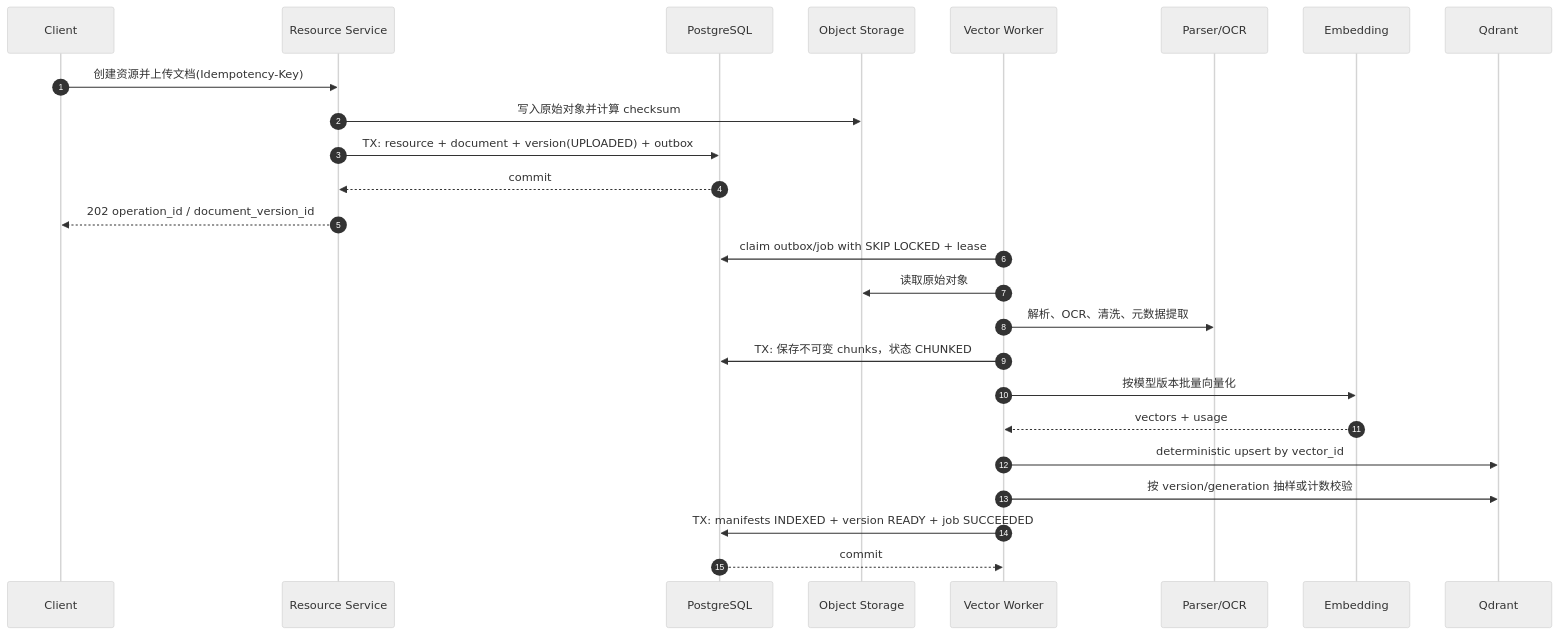
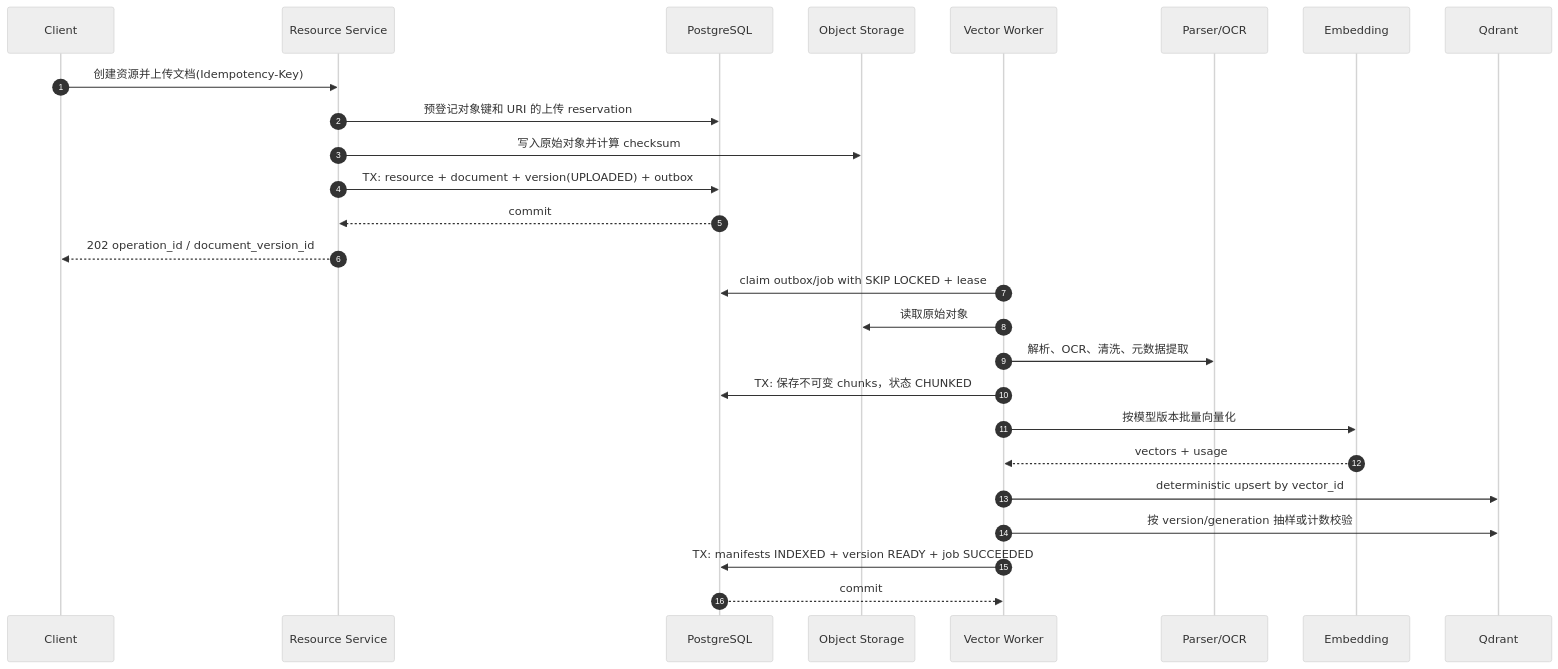
Before and after one commit to fraternity-z/msp-go: the third of 5 diagrams in docs/technical/resource-center-qdrant-architecture.md, drawn with Mermaid (neutral theme). The commit also changed other lines of this file and 55 other files, not shown here.

````diff
--- a/docs/technical/resource-center-qdrant-architecture.md
+++ b/docs/technical/resource-center-qdrant-architecture.md
@@ -364,29 +370,30 @@
 ```mermaid
 sequenceDiagram
     autonumber
     participant C as Client
     participant R as Resource Service
     participant P as PostgreSQL
     participant O as Object Storage
     participant W as Vector Worker
     participant X as Parser/OCR
     participant E as Embedding
     participant M as Qdrant
 
     C->>R: 创建资源并上传文档(Idempotency-Key)
+    R->>P: 预登记对象键和 URI 的上传 reservation
     R->>O: 写入原始对象并计算 checksum
     R->>P: TX: resource + document + version(UPLOADED) + outbox
     P-->>R: commit
     R-->>C: 202 operation_id / document_version_id
 
     W->>P: claim outbox/job with SKIP LOCKED + lease
     W->>O: 读取原始对象
     W->>X: 解析、OCR、清洗、元数据提取
     W->>P: TX: 保存不可变 chunks，状态 CHUNKED
     W->>E: 按模型版本批量向量化
     E-->>W: vectors + usage
     W->>M: deterministic upsert by vector_id
     W->>M: 按 version/generation 抽样或计数校验
     W->>P: TX: manifests INDEXED + version READY + job SUCCEEDED
     P-->>W: commit
 ```
````
